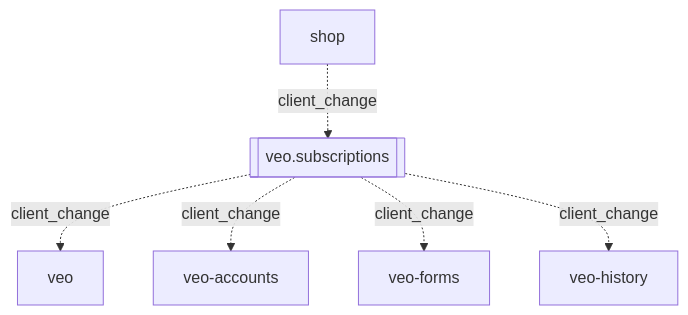
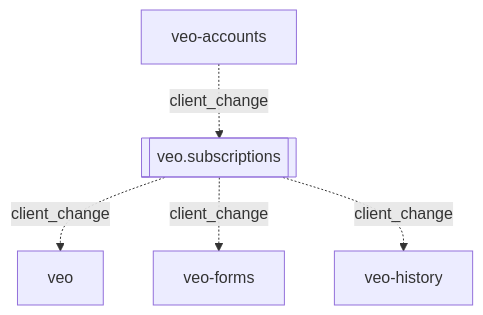
Before and after one commit to SerNet/verinice-veo-web-documentation: the fourth of 5 diagrams in docs/[language]/developers/architecture.md, drawn with Mermaid. The commit also changed other lines of this file, not shown here.

First line of the commit message:
update archtitecture (shop no longer uses RabbitMQ)

````diff
--- a/docs/[language]/developers/architecture.md
+++ b/docs/[language]/developers/architecture.md
@@ -124,9 +124,8 @@
 ```mermaid
 flowchart
     subscriptions[[veo.subscriptions]]
-    shop -. client_change .-> subscriptions
+    veo-accounts -. client_change .-> subscriptions
     subscriptions -. client_change .-> veo
-    subscriptions -. client_change .-> veo-accounts
     subscriptions -. client_change .-> veo-forms
     subscriptions -. client_change .-> veo-history
 ```
````
